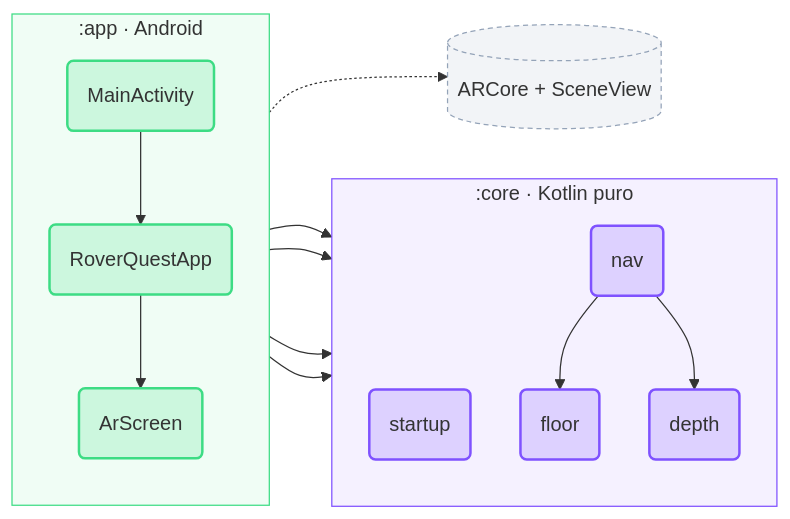
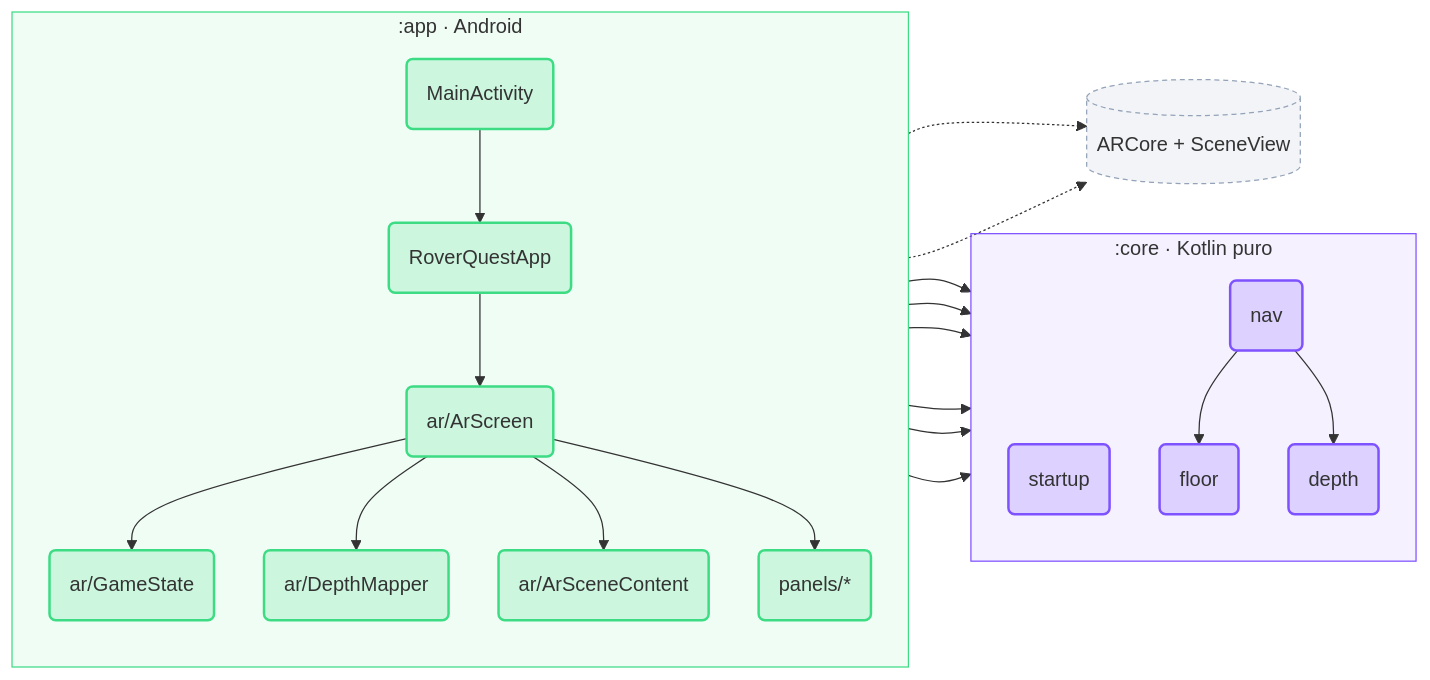
The first of 3 diagrams in game/README.md (lianeheidemann/rover-quest-mr), drawn with Mermaid before and after one commit. The commit also changed other lines of this file, not shown here.

First line of the commit message:
docs: refresh game/README.md structure, diagram and commands

````diff
--- a/game/README.md
+++ b/game/README.md
@@ -30,44 +43,51 @@
 ```mermaid
 ---
 config:
   flowchart:
     curve: basis
     nodeSpacing: 40
     rankSpacing: 50
     padding: 16
 ---
 flowchart LR
     subgraph app [":app · Android"]
         direction TB
-        Main("MainActivity") --> App("RoverQuestApp") --> Ar("ArScreen")
+        Main("MainActivity") --> App("RoverQuestApp") --> Ar("ar/ArScreen")
+        Ar --> Game("ar/GameState")
+        Ar --> Depth("ar/DepthMapper")
+        Ar --> Scene("ar/ArSceneContent")
+        Ar --> Panels("panels/*")
     end
     subgraph core [":core · Kotlin puro"]
         direction TB
         startup("startup")
         floor("floor")
         depth("depth")
         nav("nav")
     end
     ARCore[("ARCore + SceneView")]
 
     App --> startup
-    Ar --> floor
-    Ar --> depth
+    Game --> floor
+    Game --> nav
+    Depth --> depth
+    Depth --> nav
     Ar --> nav
     nav --> floor
     nav --> depth
     Ar -.-> ARCore
+    Scene -.-> ARCore
 
-    class Main,App,Ar android
+    class Main,App,Ar,Game,Depth,Scene,Panels android
     class startup,floor,depth,nav kotlin
     class ARCore external
 
     %% Translucent fills and no fixed text color: GitHub picks the light or dark
     %% Mermaid theme from the viewer's setting, and these colors work on both.
     classDef android fill:#3DDC8433,stroke:#3DDC84,stroke-width:2px
     classDef kotlin fill:#7F52FF33,stroke:#7F52FF,stroke-width:2px
     classDef external fill:#94A3B81F,stroke:#94A3B8,stroke-width:1px,stroke-dasharray:4 3
     classDef start fill:#F5A62340,stroke:#F5A623,stroke-width:2px
     style app fill:#3DDC8414,stroke:#3DDC84,stroke-width:1px
     style core fill:#7F52FF14,stroke:#7F52FF,stroke-width:1px
 ```
````
